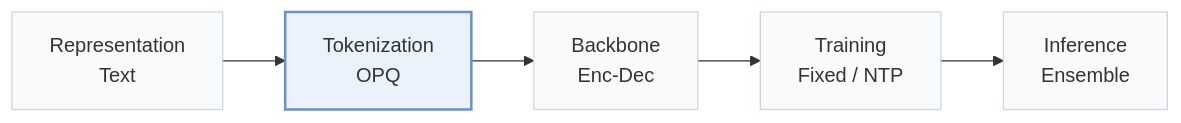
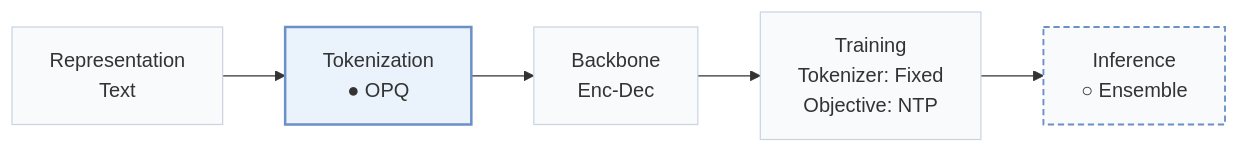
One commit to Galaxy-ghost/Awesome-SID-Generative-Rec changed the first of 3 diagrams in pages/papers/actionpiece.md. Above: the diagram before and after it, drawn with Mermaid. The commit also changed other lines of this file and 558 other files, not shown here.

````diff
--- a/pages/papers/actionpiece.md
+++ b/pages/papers/actionpiece.md
@@ -15,8 +18,10 @@
 ```mermaid
 flowchart LR
-    R["Representation<br/>Text"] --> T["Tokenization<br/>OPQ"] --> B["Backbone<br/>Enc-Dec"] --> TR["Training<br/>Fixed / NTP"] --> I["Inference<br/>Ensemble"]
+    R["Representation<br/>Text"] --> T["Tokenization<br/>● OPQ"] --> B["Backbone<br/>Enc-Dec"] --> TR["Training<br/>Tokenizer: Fixed<br/>Objective: NTP"] --> I["Inference<br/>○ Ensemble"]
     classDef base fill:#f8fafc,stroke:#cbd5e1
     class R,T,B,TR,I base
+    classDef other fill:#f8fafc,stroke:#6b8fc7,stroke-width:1.5px,stroke-dasharray:5 3
+    class I other
     classDef main fill:#eaf2fb,stroke:#6b8fc7,stroke-width:2px
     class T main
 ```
````
